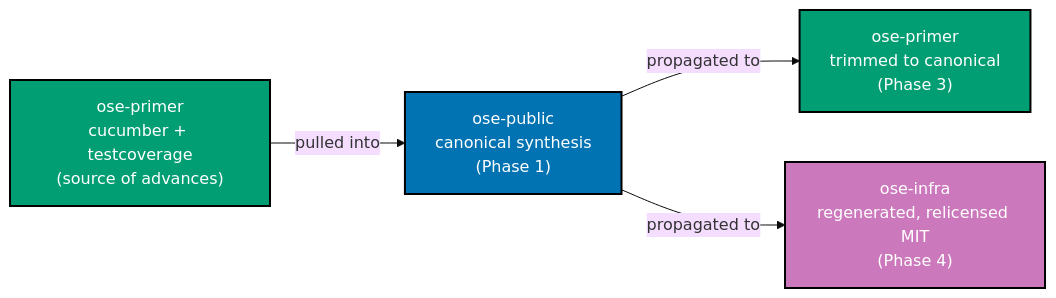
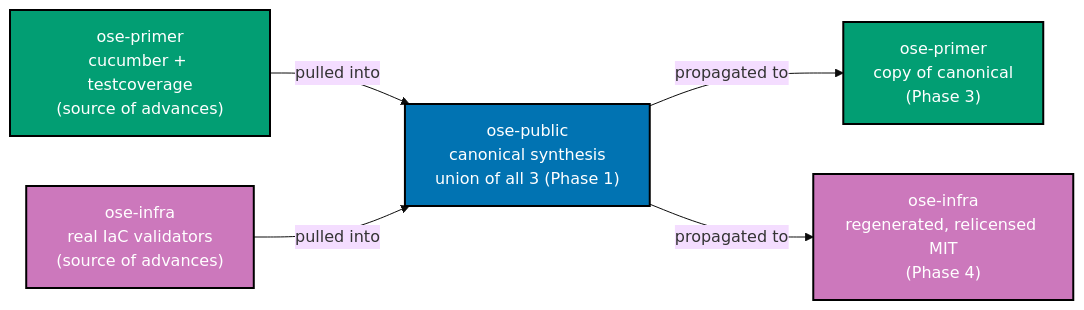
Before and after one commit to wahidyankf/baseerah: the first of 3 diagrams in plans/in-progress/unify-rhino-cli-sdlc-parity/tech-docs.md, drawn with Mermaid (base theme). The commit also changed other lines of this file and 4 other files, not shown here.

````diff
--- a/plans/in-progress/unify-rhino-cli-sdlc-parity/tech-docs.md
+++ b/plans/in-progress/unify-rhino-cli-sdlc-parity/tech-docs.md
@@ -154,16 +202,18 @@
 ```mermaid
 %% Color Palette: Blue #0173B2, Teal #029E73, Purple #CC78BC — color-blind friendly, WCAG AA
 flowchart LR
     PR["ose-primer<br/>cucumber + testcoverage<br/>(source of advances)"]:::teal
-    PU["ose-public<br/>canonical synthesis<br/>(Phase 1)"]:::blue
-    PR2["ose-primer<br/>trimmed to canonical<br/>(Phase 3)"]:::teal
+    IN0["ose-infra<br/>real IaC validators<br/>(source of advances)"]:::purple
+    PU["ose-public<br/>canonical synthesis<br/>union of all 3 (Phase 1)"]:::blue
+    PR2["ose-primer<br/>copy of canonical<br/>(Phase 3)"]:::teal
     IN["ose-infra<br/>regenerated, relicensed MIT<br/>(Phase 4)"]:::purple
 
     PR -->|pulled into| PU
+    IN0 -->|pulled into| PU
     PU -->|propagated to| PR2
     PU -->|propagated to| IN
 
     classDef blue fill:#0173B2,stroke:#000000,color:#FFFFFF,stroke-width:2px
     classDef teal fill:#029E73,stroke:#000000,color:#FFFFFF,stroke-width:2px
     classDef purple fill:#CC78BC,stroke:#000000,color:#FFFFFF,stroke-width:2px
 ```
````
